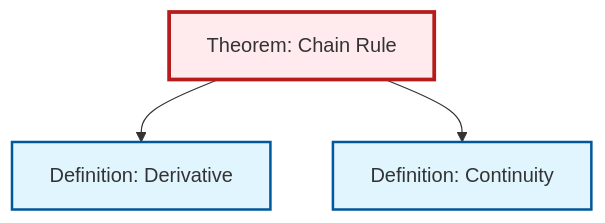
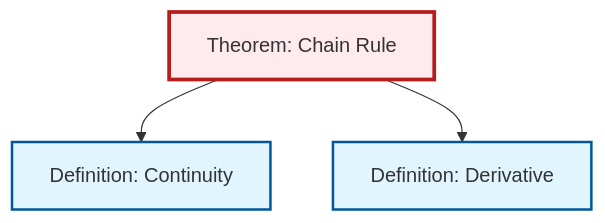
The second of 2 diagrams in content/en/analysis/thm-chain-rule.qmd (RK0429/ModernMath), drawn with Mermaid before and after one commit. The commit also changed other lines of this file and 1012 other files, not shown here.

````diff
--- a/content/en/analysis/thm-chain-rule.qmd
+++ b/content/en/analysis/thm-chain-rule.qmd
@@ -89,17 +89,17 @@
 ```{mermaid}
 %%| fig-cap: "Local dependency graph"
 graph TD
     classDef definition fill:#e1f5fe,stroke:#01579b,stroke-width:2px
     classDef theorem fill:#f3e5f5,stroke:#4a148c,stroke-width:2px
     classDef axiom fill:#fff3e0,stroke:#e65100,stroke-width:2px
     classDef example fill:#e8f5e9,stroke:#1b5e20,stroke-width:2px
     classDef current fill:#ffebee,stroke:#b71c1c,stroke-width:3px
+    def-continuity["Definition: Continuity"]:::definition
     thm-chain-rule["Theorem: Chain Rule"]:::theorem
     def-derivative["Definition: Derivative"]:::definition
-    def-continuity["Definition: Continuity"]:::definition
+    thm-chain-rule --> def-continuity
     thm-chain-rule --> def-derivative
-    thm-chain-rule --> def-continuity
     class thm-chain-rule current
+    click def-continuity "def-continuity.html" "Go to Continuity definition"
     click def-derivative "def-derivative.html" "Go to Derivative definition"
-    click def-continuity "def-continuity.html" "Go to Continuity definition"
 ```
````
